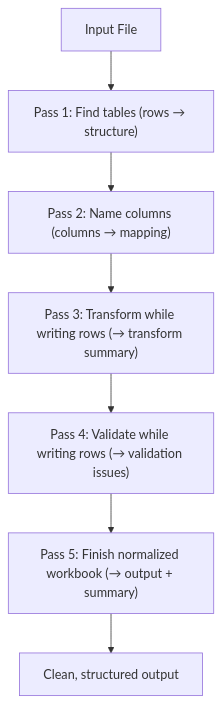
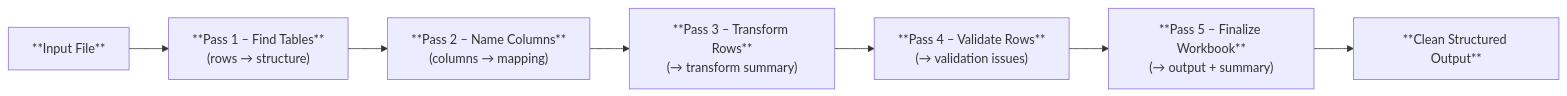
Before and after one commit to clac-ca/automatic-data-extractor: the diagram in docs/developers/README.md, drawn with Mermaid.

Commit message:
fix: Improve flowchart formatting in ADE multi-pass overview

````diff
--- a/docs/developers/README.md
+++ b/docs/developers/README.md
@@ -25,9 +25,9 @@
 ```mermaid
-flowchart TD
-    A["Input File"] --> B["Pass 1: Find tables (rows → structure)"]
-    B --> C["Pass 2: Name columns (columns → mapping)"]
-    C --> D["Pass 3: Transform while writing rows (→ transform summary)"]
-    D --> E["Pass 4: Validate while writing rows (→ validation issues)"]
-    E --> F["Pass 5: Finish normalized workbook (→ output + summary)"]
-    F --> G["Clean, structured output"]
+flowchart LR
+    A["**Input File**"] --> B["**Pass 1 – Find Tables**<br/>(rows → structure)"]
+    B --> C["**Pass 2 – Name Columns**<br/>(columns → mapping)"]
+    C --> D["**Pass 3 – Transform Rows**<br/>(→ transform summary)"]
+    D --> E["**Pass 4 – Validate Rows**<br/>(→ validation issues)"]
+    E --> F["**Pass 5 – Finalize Workbook**<br/>(→ output + summary)"]
+    F --> G["**Clean Structured Output**"]
 ```
````
